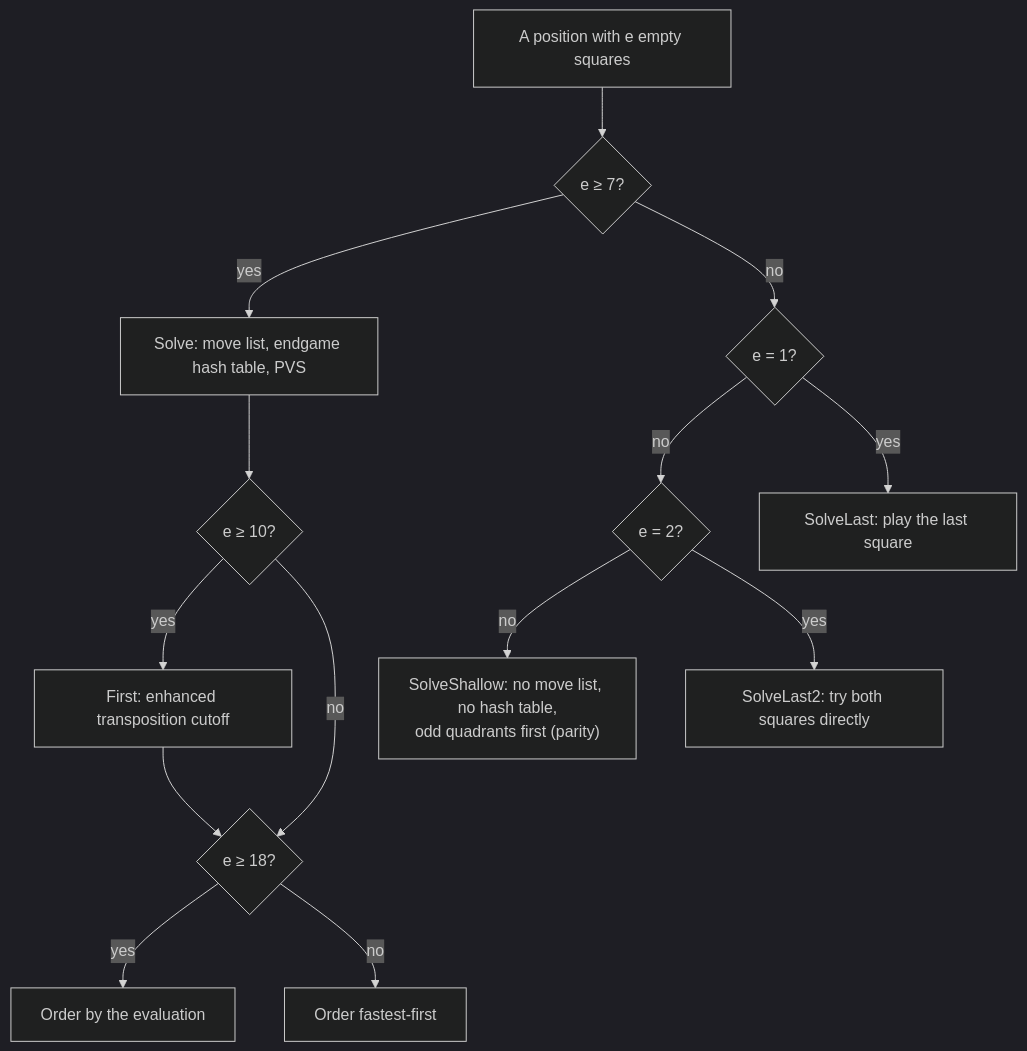
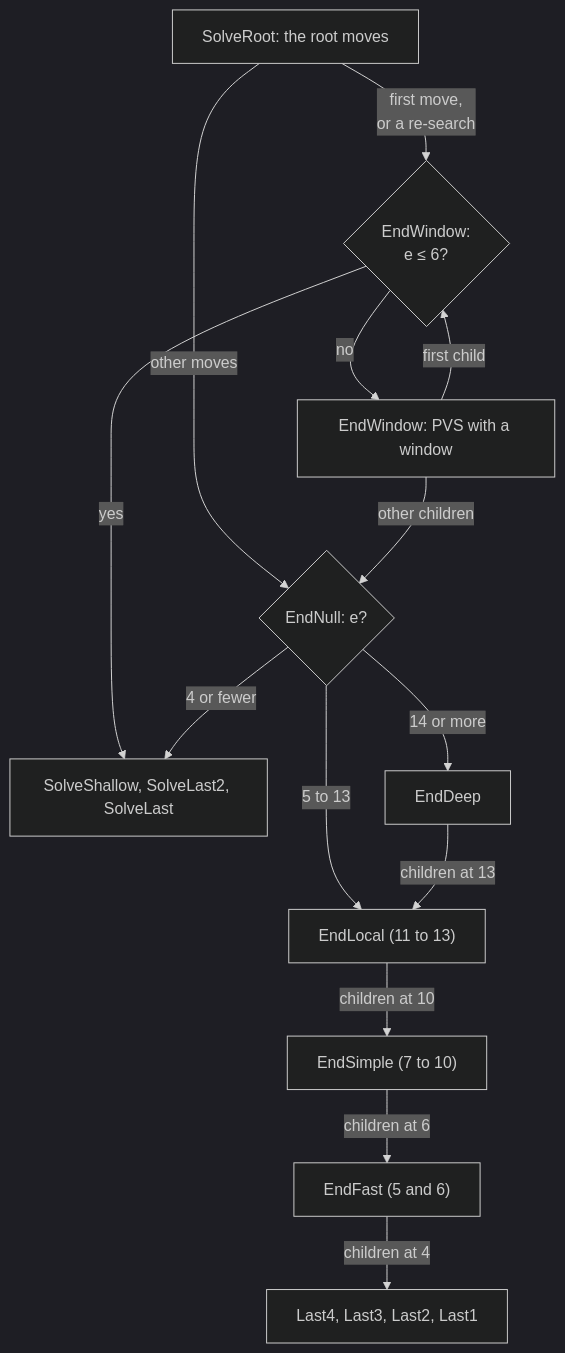
One commit to cjp-dev/Stello changed the second of 2 diagrams in docs/brain/08-endgame-solver.md. Above: the diagram before and after it, drawn with Mermaid (dark theme). The commit also changed other lines of this file and 1 other file, not shown here.

````diff
--- a/docs/brain/08-endgame-solver.md
+++ b/docs/brain/08-endgame-solver.md
@@ -68,16 +96,16 @@
 ```mermaid
 flowchart TD
-    E["A position with e empty squares"] --> Big{"e ≥ 7?"}
-    Big -- "yes" --> Solve["Solve: move list, endgame hash table, PVS"]
-    Solve --> ETC{"e ≥ 10?"}
-    ETC -- "yes" --> Cut["First: enhanced transposition cutoff"]
-    ETC -- "no" --> Ord
-    Cut --> Ord{"e ≥ 18?"}
-    Ord -- "yes" --> Eval["Order by the evaluation"]
-    Ord -- "no" --> Fast["Order fastest-first"]
-    Big -- "no" --> One{"e = 1?"}
-    One -- "no" --> Two{"e = 2?"}
-    Two -- "no" --> Shallow["SolveShallow: no move list, no hash table,<br/>odd quadrants first (parity)"]
-    Two -- "yes" --> Last2["SolveLast2: try both squares directly"]
-    One -- "yes" --> Last["SolveLast: play the last square"]
+    Root["SolveRoot: the root moves"] -- "first move,<br/>or a re-search" --> PV{"EndWindow:<br/>e ≤ 6?"}
+    Root -- "other moves" --> NW{"EndNull: e?"}
+    PV -- "no" --> Window["EndWindow: PVS with a window"]
+    Window -- "first child" --> PV
+    Window -- "other children" --> NW
+    PV -- "yes" --> Shallow["SolveShallow, SolveLast2, SolveLast"]
+    NW -- "14 or more" --> Deep["EndDeep"]
+    NW -- "5 to 13" --> Local["EndLocal (11 to 13)"]
+    NW -- "4 or fewer" --> Shallow
+    Deep -- "children at 13" --> Local
+    Local -- "children at 10" --> Simple["EndSimple (7 to 10)"]
+    Simple -- "children at 6" --> Fast["EndFast (5 and 6)"]
+    Fast -- "children at 4" --> Last["Last4, Last3, Last2, Last1"]
 ```
````
